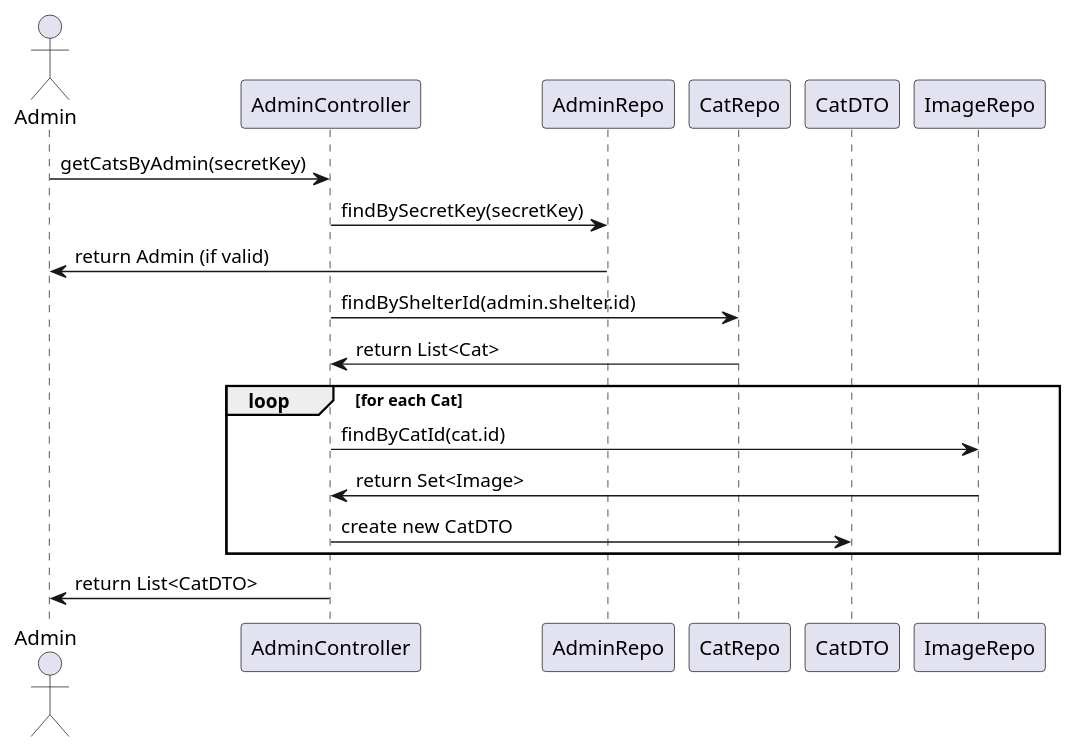
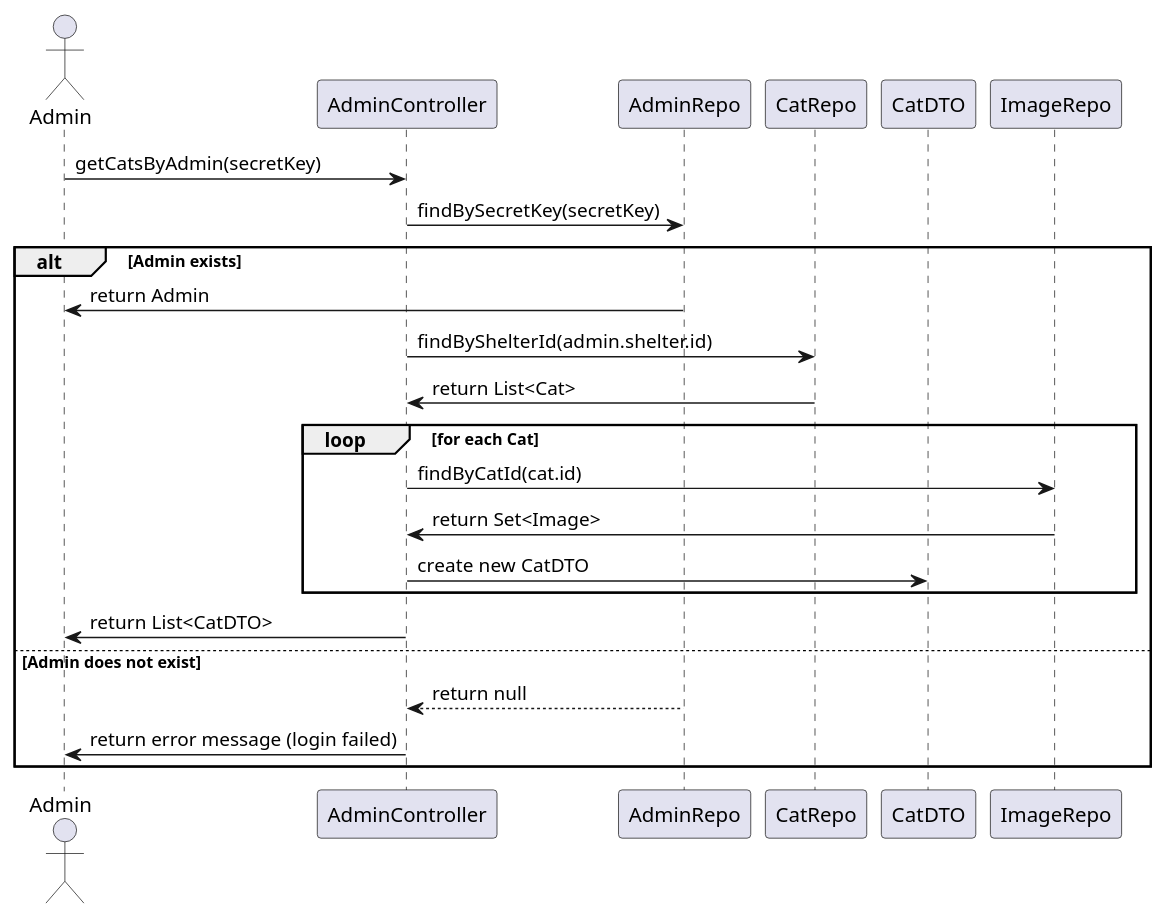
The diagram in diagrams/GetCatsByAdminSequenceDiagram.puml (lenalarissa/kedinet), drawn with PlantUML before and after one commit. The commit also changed 1 other file, not shown here.

Commit message:
Diagrams added

```diff
--- a/diagrams/GetCatsByAdminSequenceDiagram.puml
+++ b/diagrams/GetCatsByAdminSequenceDiagram.puml
@@ -1,21 +1,26 @@
 @startuml
 actor Admin
 participant "AdminController" as AC
 participant "AdminRepo" as AR
 participant "CatRepo" as CR
 participant "CatDTO" as CD
 participant "ImageRepo" as IR
 
 Admin -> AC: getCatsByAdmin(secretKey)
 AC -> AR: findBySecretKey(secretKey)
-AR -> Admin: return Admin (if valid)
-AC -> CR: findByShelterId(admin.shelter.id)
-CR -> AC: return List<Cat>
+alt Admin exists
+    AR -> Admin: return Admin
+    AC -> CR: findByShelterId(admin.shelter.id)
+    CR -> AC: return List<Cat>
 loop for each Cat
     AC -> IR: findByCatId(cat.id)
     IR -> AC: return Set<Image>
     AC -> CD: create new CatDTO
 end
 AC -> Admin: return List<CatDTO>
+else Admin does not exist
+    AC <-- AR: return null
+    AC -> Admin: return error message (login failed)
+end
 
 @enduml
```
